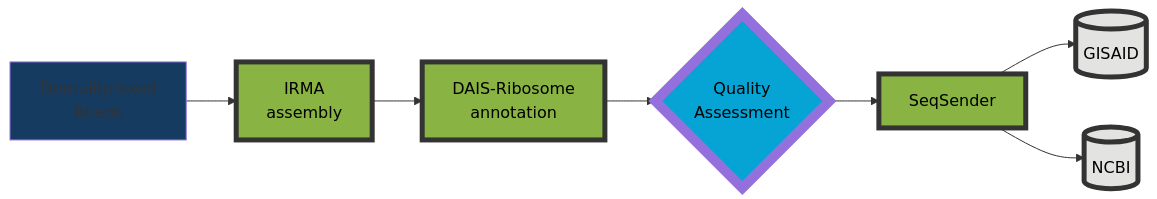
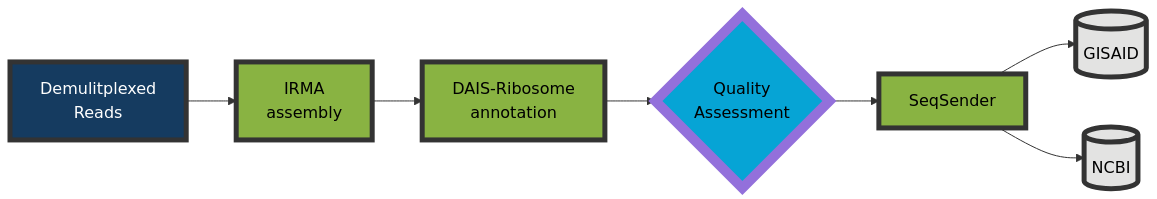
One commit to nbx0/NGS_training changed the diagram in README.md. Above: the diagram before and after it, drawn with Mermaid. The commit also changed 1 other file, not shown here.

````diff
--- a/README.md
+++ b/README.md
@@ -3,17 +3,17 @@
 ```mermaid
 flowchart LR
 A[Demulitplexed\nReads] --> B[IRMA\nassembly]
 B --> C[DAIS-Ribosome\nannotation]
 C --> D{Quality\nAssessment}
 D --> E[SeqSender]
 E --> F[(GISAID)]
 E --> G[(NCBI)]
 
-style A fill:#153b60
+style A fill:#153b60,color:#FFFFFF,stroke:#333,stroke-width:5px
 style B fill:#89b342,color:#000000,stroke:#333,stroke-width:5px
 style C fill:#89b342,color:#000000,stroke:#333,stroke-width:5px
 style D fill:#06a4d5,color:#000000,stroke-width:10px
 style E fill:#89b342,color:#000000,stroke:#333,stroke-width:5px
 style F fill:#e3e3e2,color:#000000,stroke:#333,stroke-width:5px
 style G fill:#e3e3e2,color:#000000,stroke:#333,stroke-width:5px
 ```
````
